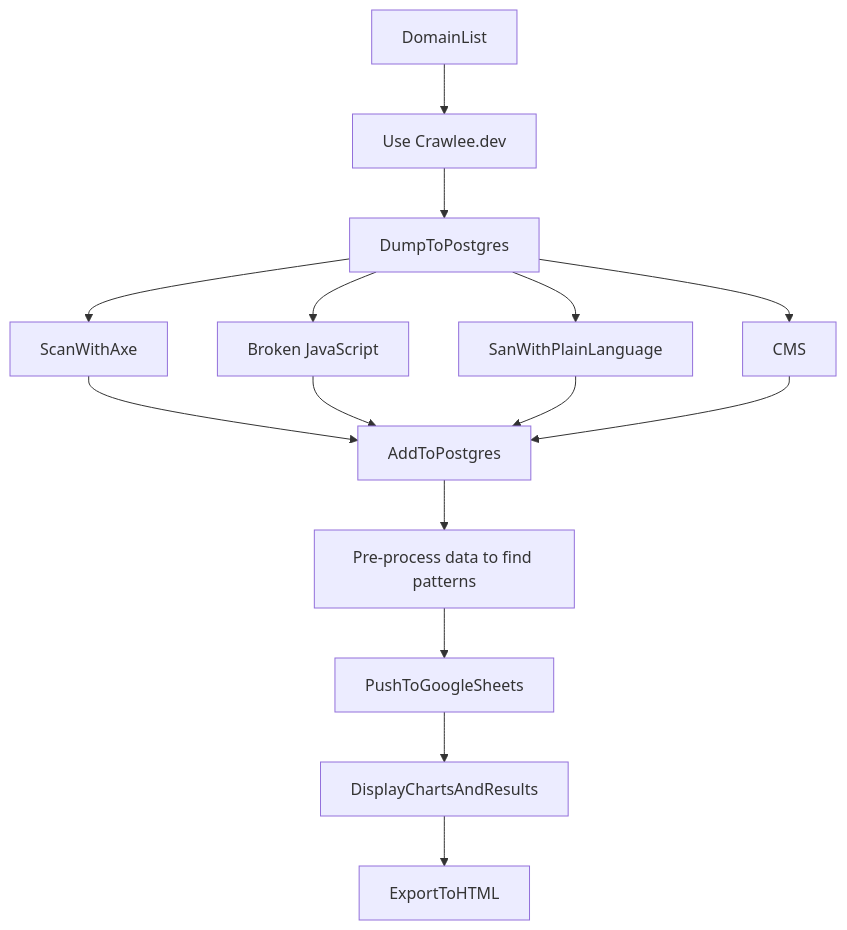
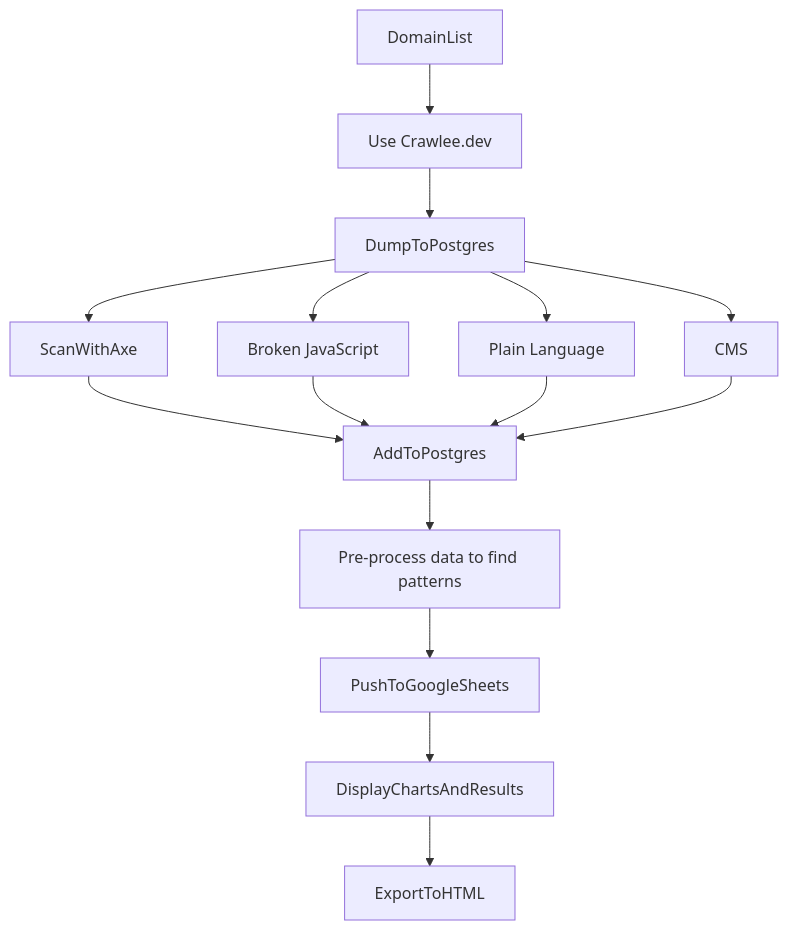
Before and after one commit to mgifford/mermaid-graphs: the first of 2 diagrams in a11y-data-crawls.md, drawn with Mermaid.

Commit message:
Plain language

````diff
--- a/a11y-data-crawls.md
+++ b/a11y-data-crawls.md
@@ -5,17 +5,17 @@
 ```mermaid
 graph TD
     DomainList-->Crawl4URLs;
     Crawl4URLs[Use Crawlee.dev]-->DumpToPostgres;
     DumpToPostgres-->ScanWithAxe;
-    DumpToPostgres-->SanWithPlainLanguage;
+    DumpToPostgres-->ScanWithPlainLanguage[Plain Language];
     DumpToPostgres--> Wappalyzer[CMS];
     DumpToPostgres--> BrokenJavaScript[Broken JavaScript];
     ScanWithAxe-->AddToPostgres;
     BrokenJavaScript-->AddToPostgres;
-    SanWithPlainLanguage-->AddToPostgres;
+    ScanWithPlainLanguage-->AddToPostgres;
     Wappalyzer-->AddToPostgres;
     AddToPostgres-->AggregateData["Pre-process data to find patterns"]
     AggregateData-->PushToGoogleSheets;
     PushToGoogleSheets-->DisplayChartsAndResults;
     DisplayChartsAndResults-->ExportToHTML;
 ```
````
